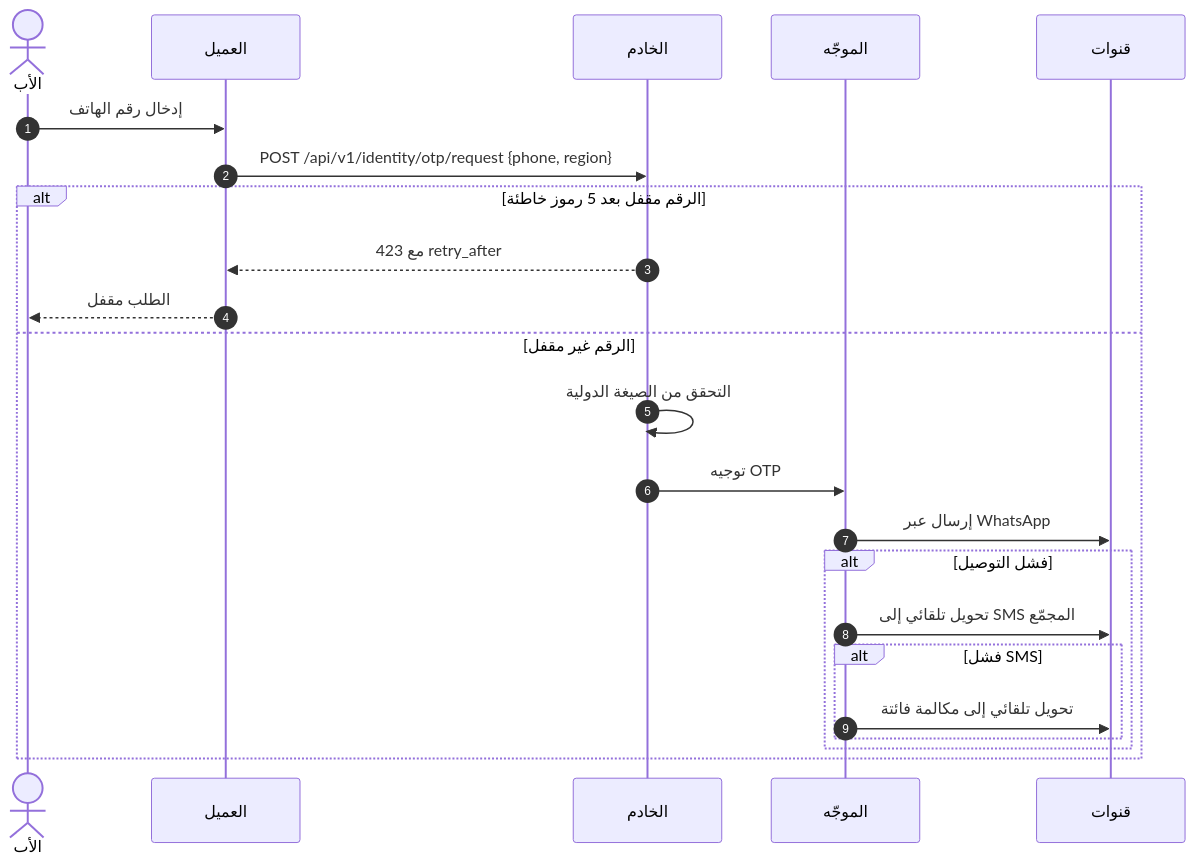
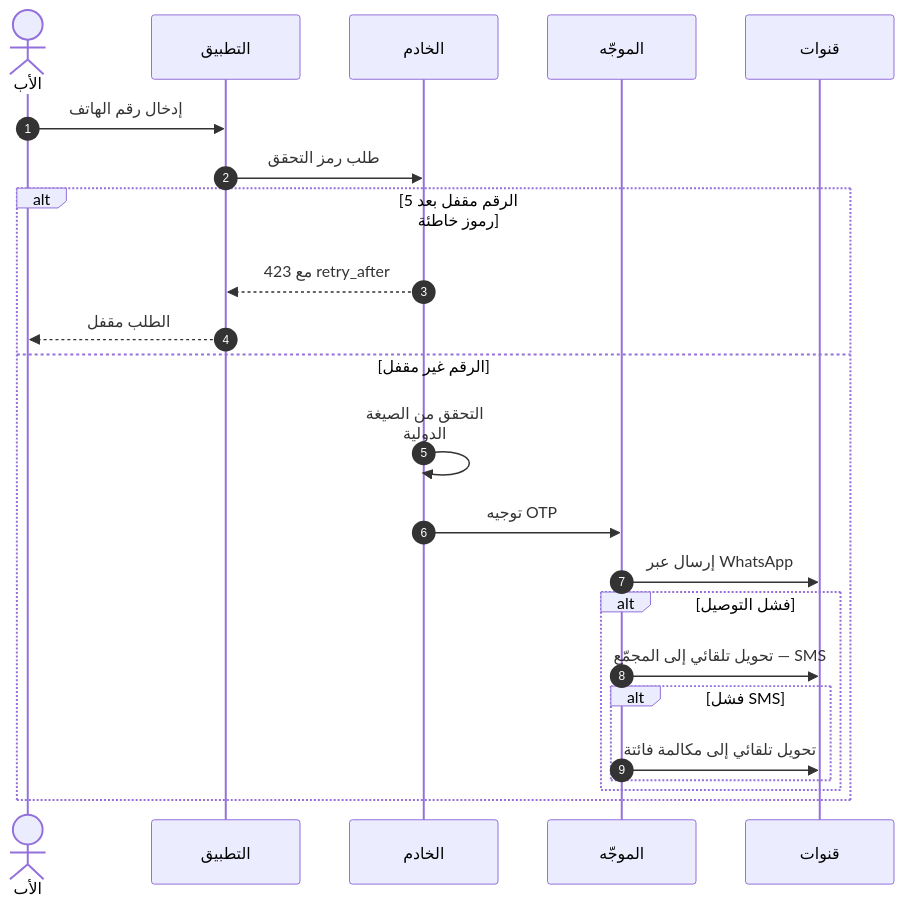
One commit to Bassam-mohammed-alqaeadi/family-os-v2 changed the fifth of 36 diagrams in docs/family-os/governance/phases/phase-1/S1-02-identity-and-onboarding/DIAGRAMS.md. Above: the diagram before and after it, drawn with Mermaid. The commit also changed other lines of this file, not shown here.

````diff
--- a/docs/family-os/governance/phases/phase-1/S1-02-identity-and-onboarding/DIAGRAMS.md
+++ b/docs/family-os/governance/phases/phase-1/S1-02-identity-and-onboarding/DIAGRAMS.md
@@ -298,25 +298,26 @@
 ```mermaid
+%%{init: {"sequence": {"wrap": true}}}%%
 sequenceDiagram
     autonumber
     actor Father as الأب
-    participant Client as العميل
+    participant App as التطبيق
     participant Ktor as الخادم
     participant Router as الموجّه
     participant Channels as قنوات
-    Father->>Client: إدخال رقم الهاتف
-    Client->>Ktor: POST /api/v1/identity/otp/request {phone, region}
+    Father->>App: إدخال رقم الهاتف
+    App->>Ktor: طلب رمز التحقق
     alt الرقم مقفل بعد 5 رموز خاطئة
-        Ktor-->>Client: 423 مع retry_after
-        Client-->>Father: الطلب مقفل
+        Ktor-->>App: 423 مع retry_after
+        App-->>Father: الطلب مقفل
     else الرقم غير مقفل
         Ktor->>Ktor: التحقق من الصيغة الدولية
         Ktor->>Router: توجيه OTP
         Router->>Channels: إرسال عبر WhatsApp
         alt فشل التوصيل
-            Router->>Channels: تحويل تلقائي إلى SMS المجمّع
+            Router->>Channels: تحويل تلقائي إلى المجمّع — SMS
             alt فشل SMS
                 Router->>Channels: تحويل تلقائي إلى مكالمة فائتة
             end
         end
     end
 ```
````
